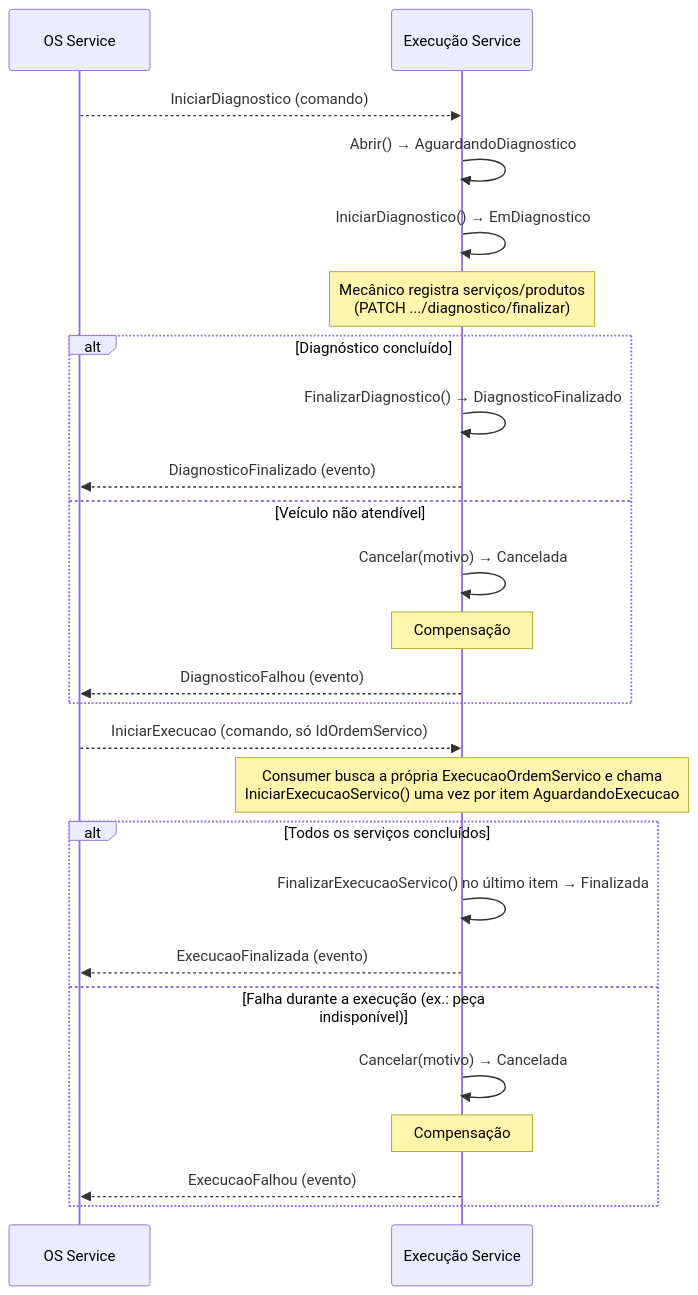
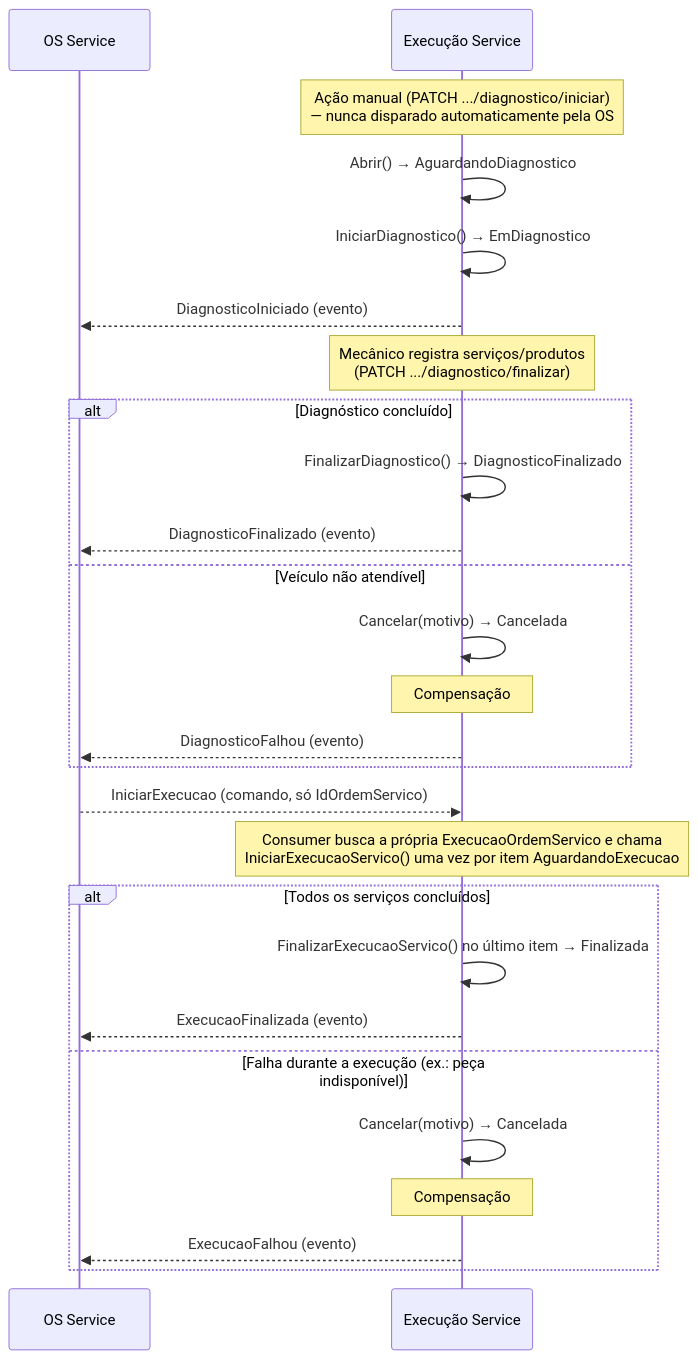
The fifth of 5 diagrams in docs/architecture.md (monnclaro/soat-tech-challenge-execution-service), drawn with Mermaid before and after one commit. The commit also changed other lines of this file and 8 other files, not shown here.

First line of the commit message:
fix: diagnostico sempre iniciado por acao manual, nunca por comando automatico

````diff
--- a/docs/architecture.md
+++ b/docs/architecture.md
@@ -109,31 +109,32 @@
 ```mermaid
 sequenceDiagram
     participant OS as OS Service
     participant Exec as Execução Service
 
-    OS-->>Exec: IniciarDiagnostico (comando)
+    Note over Exec: Ação manual (PATCH .../diagnostico/iniciar)<br/>— nunca disparado automaticamente pela OS
     Exec->>Exec: Abrir() → AguardandoDiagnostico
     Exec->>Exec: IniciarDiagnostico() → EmDiagnostico
+    Exec-->>OS: DiagnosticoIniciado (evento)
     Note over Exec: Mecânico registra serviços/produtos<br/>(PATCH .../diagnostico/finalizar)
 
     alt Diagnóstico concluído
         Exec->>Exec: FinalizarDiagnostico() → DiagnosticoFinalizado
         Exec-->>OS: DiagnosticoFinalizado (evento)
     else Veículo não atendível
         Exec->>Exec: Cancelar(motivo) → Cancelada
         Note over Exec: Compensação
         Exec-->>OS: DiagnosticoFalhou (evento)
     end
 
     OS-->>Exec: IniciarExecucao (comando, só IdOrdemServico)
     Note over Exec: Consumer busca a própria ExecucaoOrdemServico e chama<br/>IniciarExecucaoServico() uma vez por item AguardandoExecucao
 
     alt Todos os serviços concluídos
         Exec->>Exec: FinalizarExecucaoServico() no último item → Finalizada
         Exec-->>OS: ExecucaoFinalizada (evento)
     else Falha durante a execução (ex.: peça indisponível)
         Exec->>Exec: Cancelar(motivo) → Cancelada
         Note over Exec: Compensação
         Exec-->>OS: ExecucaoFalhou (evento)
     end
 ```
````
